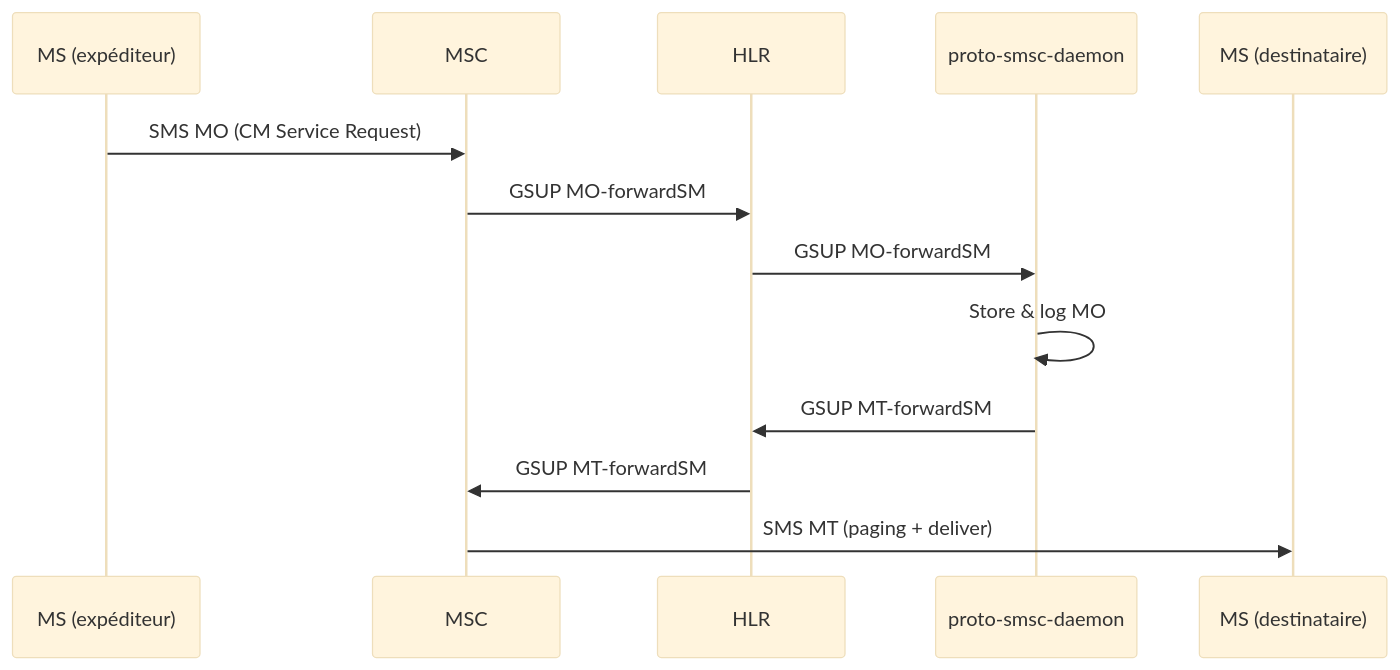
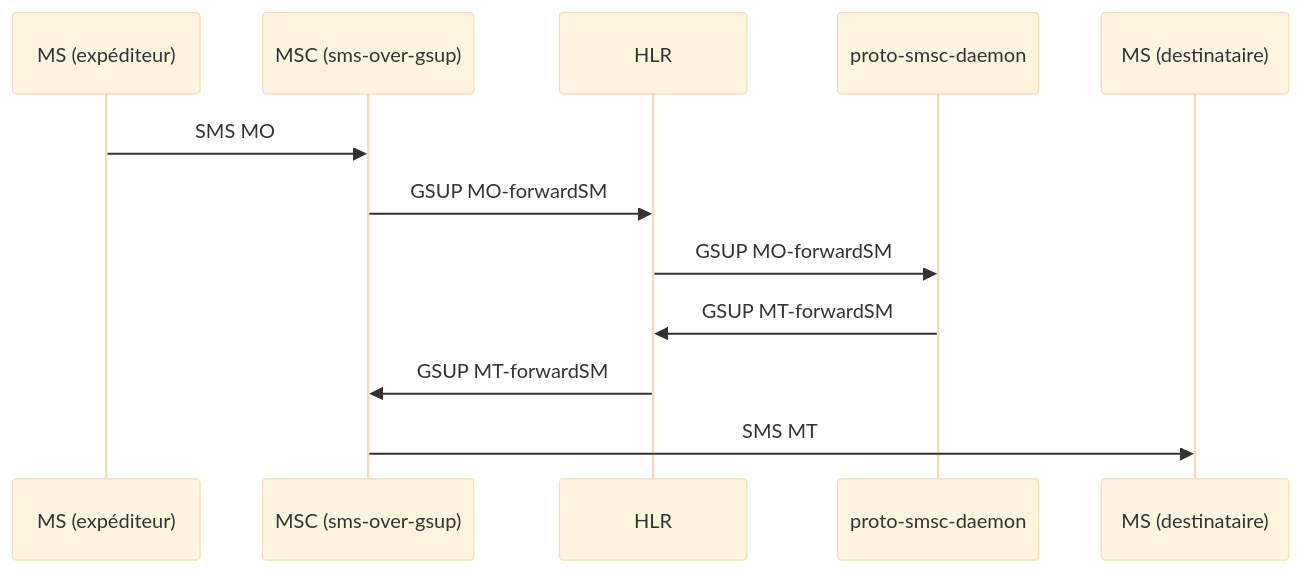
Before and after one commit to bbaranoff/osmo_egprs: the fourth of 5 diagrams in README.md, drawn with Mermaid (base theme). The commit also changed other lines of this file and 12 other files, not shown here.

````diff
--- a/README.md
+++ b/README.md
@@ -338,16 +218,15 @@
 ```mermaid
 sequenceDiagram
-    participant UE_A as MS (expéditeur)
-    participant MSC as MSC
+    participant MS_A as MS (expéditeur)
+    participant MSC as MSC (sms-over-gsup)
     participant HLR as HLR
     participant SMSC as proto-smsc-daemon
-    participant UE_B as MS (destinataire)
+    participant MS_B as MS (destinataire)
 
-    UE_A->>MSC: SMS MO (CM Service Request)
+    MS_A->>MSC: SMS MO
     MSC->>HLR: GSUP MO-forwardSM
     HLR->>SMSC: GSUP MO-forwardSM
-    SMSC->>SMSC: Store & log MO
     SMSC->>HLR: GSUP MT-forwardSM
     HLR->>MSC: GSUP MT-forwardSM
-    MSC->>UE_B: SMS MT (paging + deliver)
+    MSC->>MS_B: SMS MT
 ```
````
